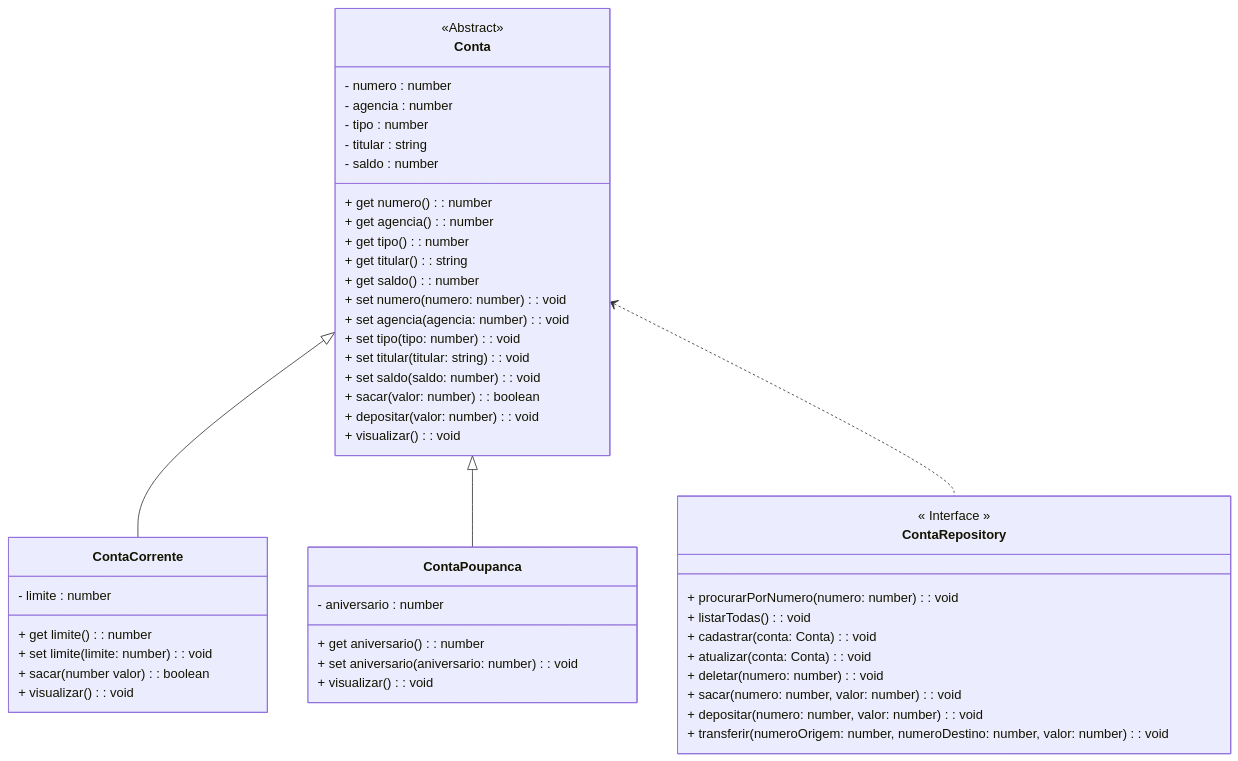
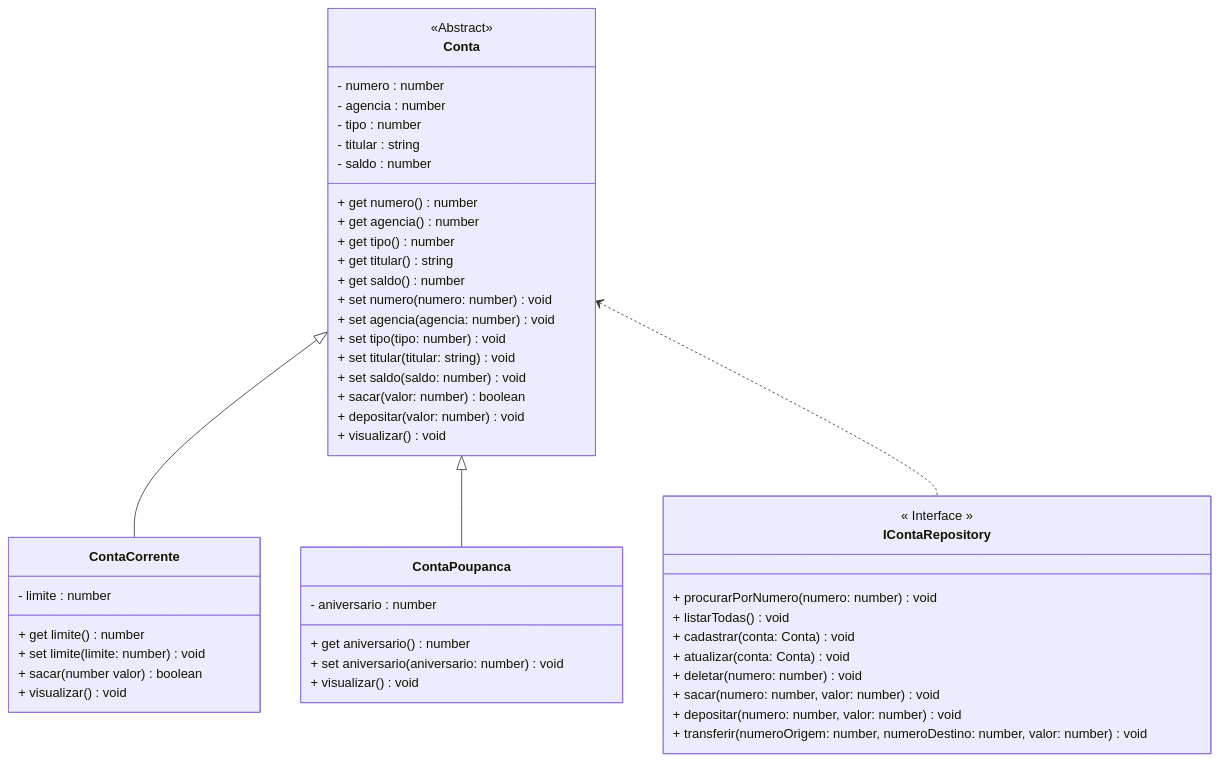
Before and after one commit to conteudoGeneration/cookbook_javascript: the diagram in 01_javascript/pr06.md, drawn with Mermaid. The commit also changed 16 other files, not shown here.

````diff
--- a/01_javascript/pr06.md
+++ b/01_javascript/pr06.md
@@ -11,51 +11,51 @@
 ```mermaid
 classDiagram
 class Conta {
 <<Abstract>>
   - numero : number
   - agencia : number
   - tipo : number
   - titular : string
   - saldo : number
-  + get numero(): number
-  + get agencia(): number
-  + get tipo(): number
-  + get titular(): string
-  + get saldo(): number
-  + set numero(numero: number): void
-  + set agencia(agencia: number): void
-  + set tipo(tipo: number): void
-  + set titular(titular: string): void
-  + set saldo(saldo: number): void
-  + sacar(valor: number): boolean
-  + depositar(valor: number): void
-  + visualizar(): void
+  + get numero() number
+  + get agencia() number
+  + get tipo() number
+  + get titular() string
+  + get saldo() number
+  + set numero(numero: number) void
+  + set agencia(agencia: number) void
+  + set tipo(tipo: number) void
+  + set titular(titular: string) void
+  + set saldo(saldo: number) void
+  + sacar(valor: number) boolean
+  + depositar(valor: number) void
+  + visualizar() void
 }
 class ContaCorrente {
   - limite : number
-  + get limite(): number
-  + set limite(limite: number): void
-  + sacar(number valor): boolean
-  + visualizar(): void
+  + get limite() number
+  + set limite(limite: number) void
+  + sacar(number valor) boolean
+  + visualizar() void
 }
 class ContaPoupanca {
   - aniversario : number
-  + get aniversario(): number
-  + set aniversario(aniversario: number): void
-  + visualizar(): void
+  + get aniversario() number
+  + set aniversario(aniversario: number) void
+  + visualizar() void
 }
-class ContaRepository{
+class IContaRepository{
 << Interface >>
-+ procurarPorNumero(numero: number): void
-+ listarTodas(): void
-+ cadastrar(conta: Conta): void
-+ atualizar(conta: Conta): void
-+ deletar(numero: number): void
-+ sacar(numero: number, valor: number): void
-+ depositar(numero: number, valor: number): void
-+ transferir(numeroOrigem: number, numeroDestino: number, valor: number): void
++ procurarPorNumero(numero: number) void
++ listarTodas() void
++ cadastrar(conta: Conta) void
++ atualizar(conta: Conta) void
++ deletar(numero: number) void
++ sacar(numero: number, valor: number) void
++ depositar(numero: number, valor: number) void
++ transferir(numeroOrigem: number, numeroDestino: number, valor: number) void
 }
 Conta <|-- ContaCorrente
 Conta <|-- ContaPoupanca
-Conta <.. ContaRepository
+Conta <.. IContaRepository
 ```
````
